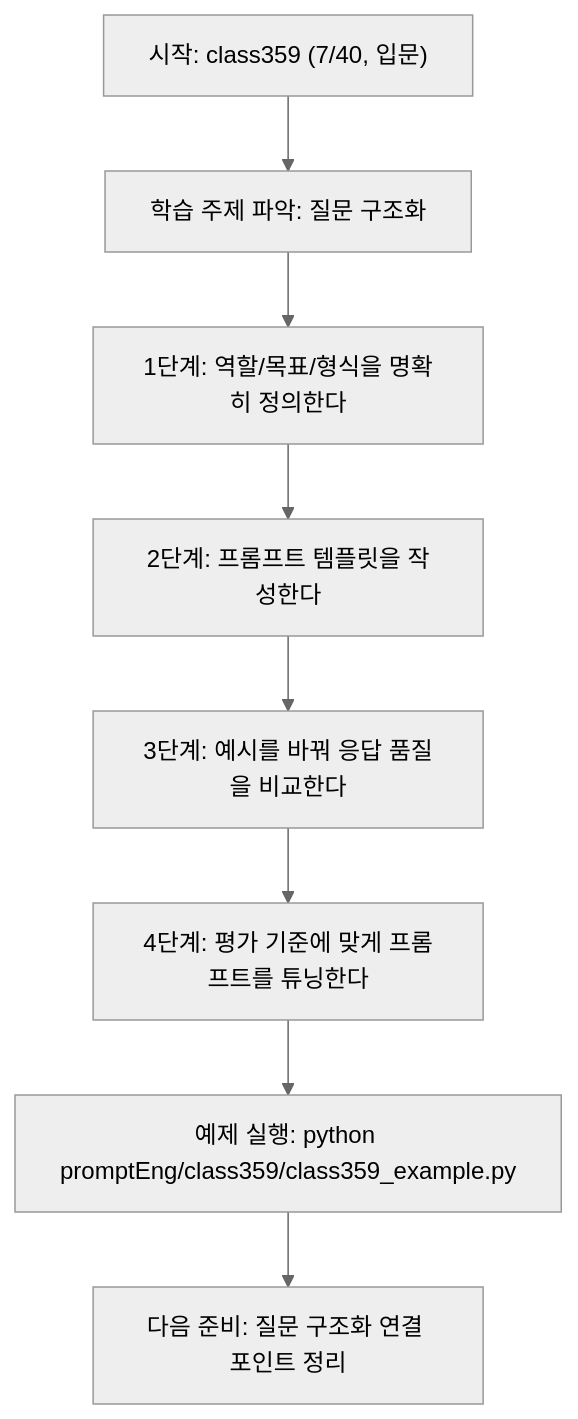
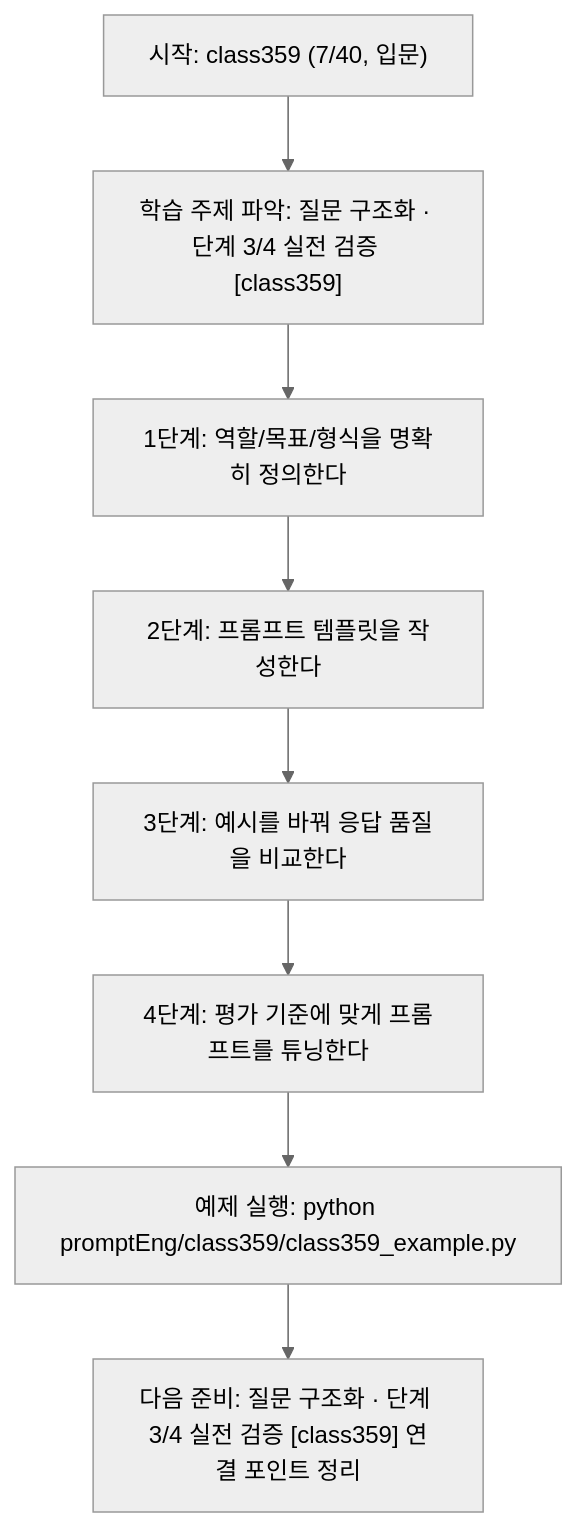
The diagram in promptEng/class359/class359.md (edumgt/Python-AI_Agent-Class), drawn with Mermaid (neutral theme) before and after one commit. The commit also changed other lines of this file and 522 other files, not shown here.

````diff
--- a/promptEng/class359/class359.md
+++ b/promptEng/class359/class359.md
@@ -108,18 +109,18 @@
 ```mermaid
 flowchart TD
 N1["시작: class359 (7/40, 입문)"]
-N2["학습 주제 파악: 질문 구조화"]
+N2["학습 주제 파악: 질문 구조화 · 단계 3/4 실전 검증 [class359]"]
 N3["1단계: 역할/목표/형식을 명확히 정의한다"]
 N4["2단계: 프롬프트 템플릿을 작성한다"]
 N5["3단계: 예시를 바꿔 응답 품질을 비교한다"]
 N6["4단계: 평가 기준에 맞게 프롬프트를 튜닝한다"]
 N7["예제 실행: python promptEng/class359/class359_example.py"]
-N8["다음 준비: 질문 구조화 연결 포인트 정리"]
+N8["다음 준비: 질문 구조화 · 단계 3/4 실전 검증 [class359] 연결 포인트 정리"]
 N1 --> N2
 N2 --> N3
 N3 --> N4
 N4 --> N5
 N5 --> N6
 N6 --> N7
 N7 --> N8
 ```
````
